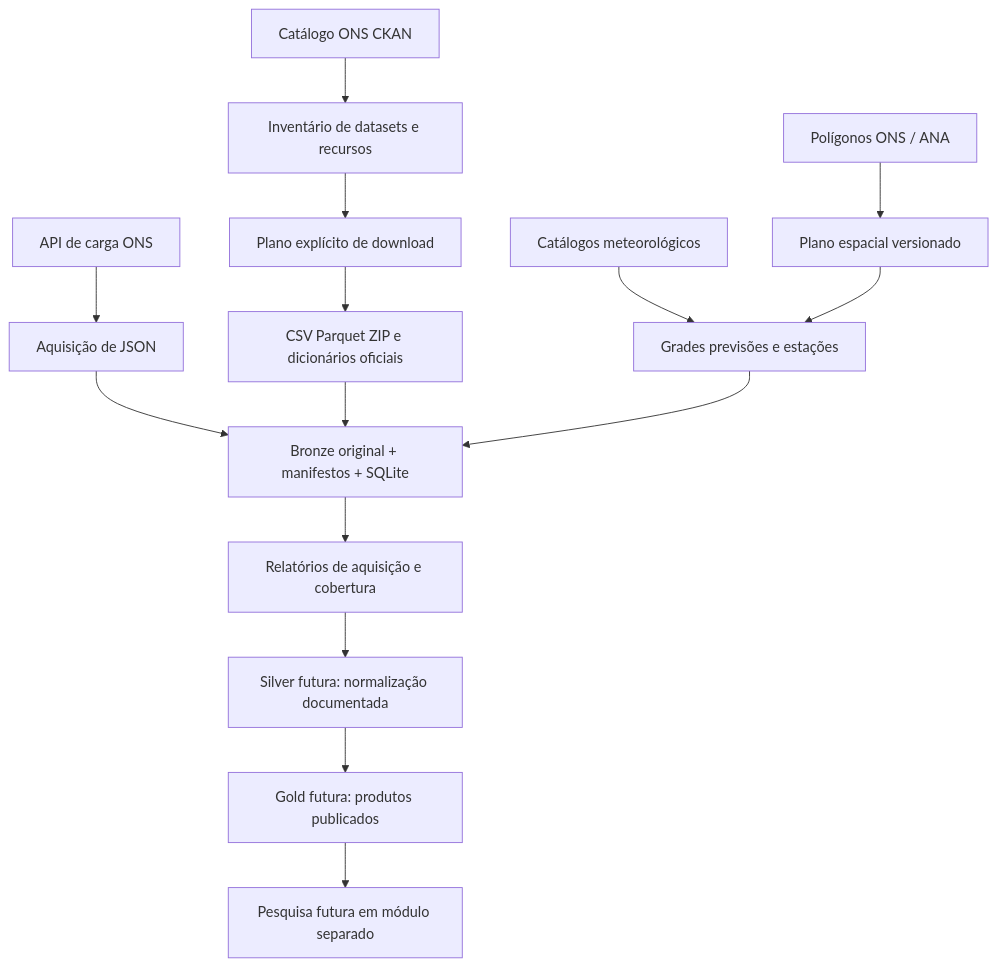
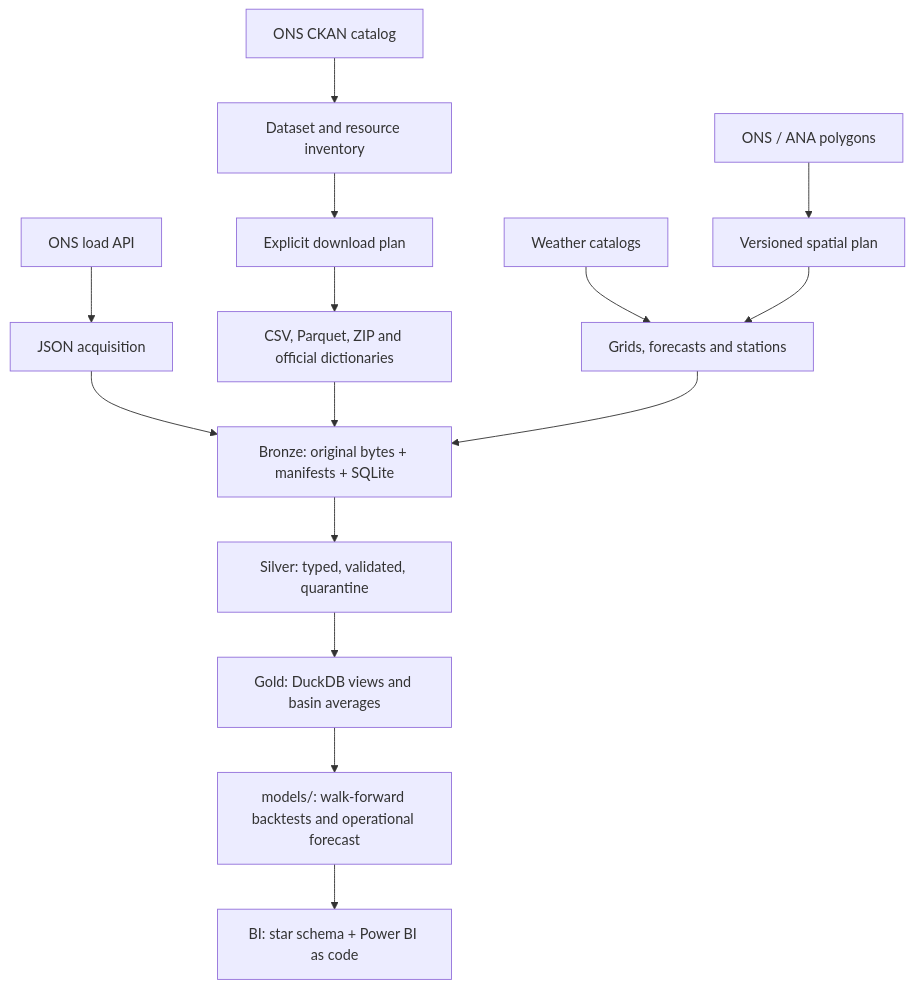
One commit to CostaJr007/brazil-power-netload-forecasting changed the diagram in docs/architecture.md. Above: the diagram before and after it, drawn with Mermaid. The commit also changed other lines of this file and 40 other files, not shown here.

````diff
--- a/docs/architecture.md
+++ b/docs/architecture.md
@@ -5,17 +6,17 @@
 ```mermaid
 flowchart TD
-    A[Catálogo ONS CKAN] --> B[Inventário de datasets e recursos]
-    B --> C[Plano explícito de download]
-    D[API de carga ONS] --> E[Aquisição de JSON]
-    C --> F[CSV Parquet ZIP e dicionários oficiais]
-    G[Catálogos meteorológicos] --> H[Grades previsões e estações]
-    I[Polígonos ONS / ANA] --> J[Plano espacial versionado]
+    A[ONS CKAN catalog] --> B[Dataset and resource inventory]
+    B --> C[Explicit download plan]
+    D[ONS load API] --> E[JSON acquisition]
+    C --> F[CSV, Parquet, ZIP and official dictionaries]
+    G[Weather catalogs] --> H[Grids, forecasts and stations]
+    I[ONS / ANA polygons] --> J[Versioned spatial plan]
     J --> H
-    E --> K[Bronze original + manifestos + SQLite]
+    E --> K[Bronze: original bytes + manifests + SQLite]
     F --> K
     H --> K
-    K --> L[Relatórios de aquisição e cobertura]
-    L --> M[Silver futura: normalização documentada]
-    M --> N[Gold futura: produtos publicados]
-    N --> O[Pesquisa futura em módulo separado]
+    K --> L[Silver: typed, validated, quarantine]
+    L --> M[Gold: DuckDB views and basin averages]
+    M --> N[models/: walk-forward backtests and operational forecast]
+    N --> O[BI: star schema + Power BI as code]
 ```
````
